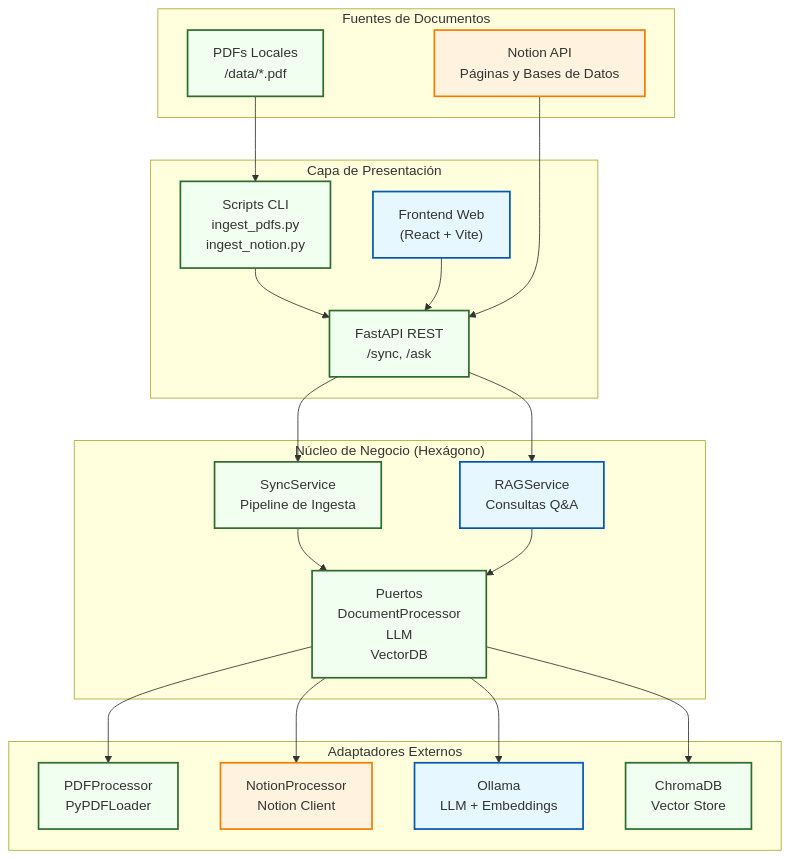
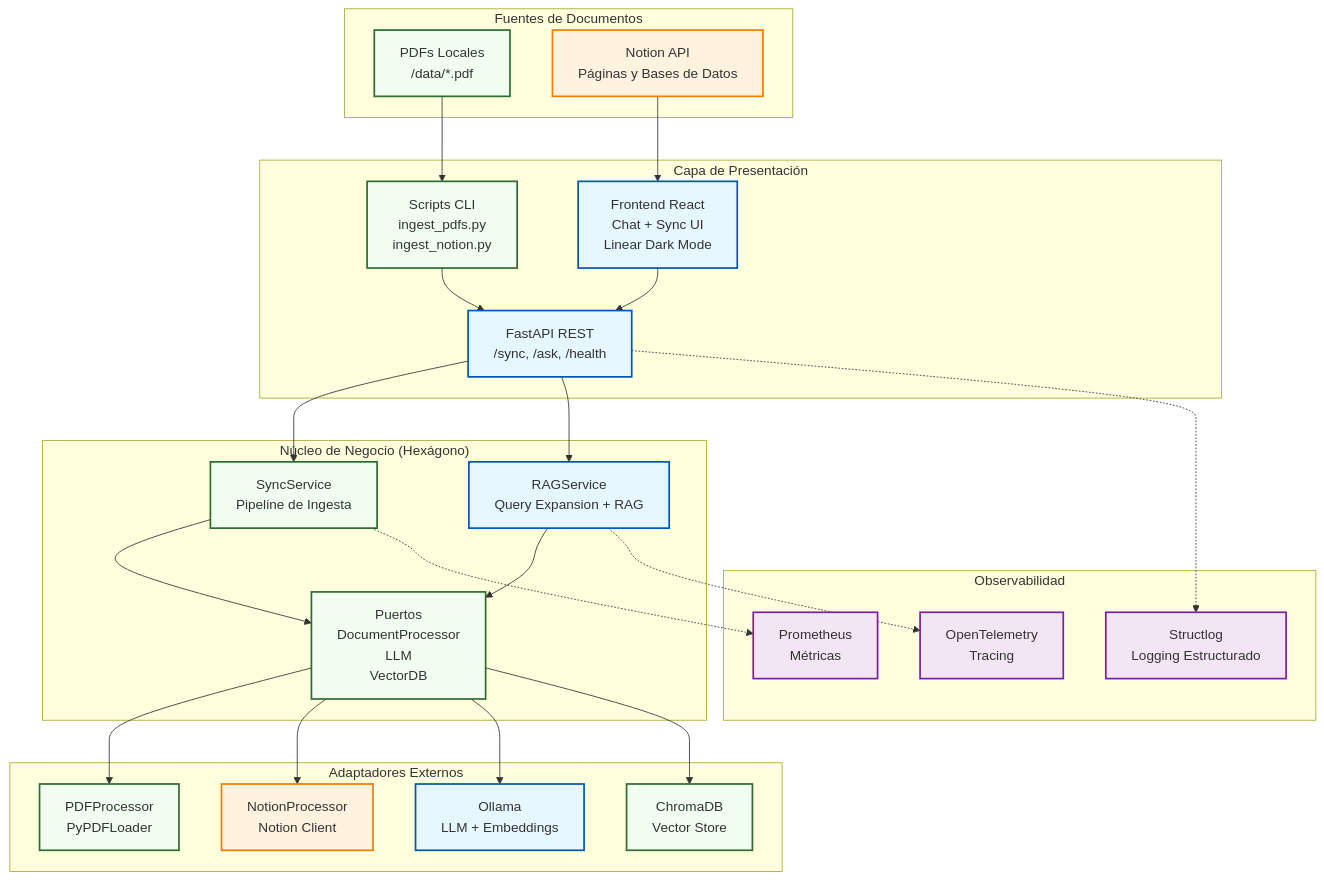
One commit to mrodespin/aibrarian changed the first of 5 diagrams in README.md. Above: the diagram before and after it, drawn with Mermaid. The commit also changed other lines of this file and 1 other file, not shown here.

````diff
--- a/README.md
+++ b/README.md
@@ -38,60 +39,75 @@
 ```mermaid
 graph TD
     %% --- Definiciones de Estilo ---
     classDef mvp fill:#f0fff0,stroke:#2e6b2e,stroke-width:2px;
     classDef phase1 fill:#e6f7ff,stroke:#0056b3,stroke-width:2px;
     classDef extension fill:#fff3e0,stroke:#f57c00,stroke-width:2px;
-    classDef frontend fill:#e6f7ff,stroke:#0056b3,stroke-width:2px;
+    classDef observability fill:#f3e5f5,stroke:#7b1fa2,stroke-width:2px;
 
     %% --- Fuentes de Datos ---
     subgraph "Fuentes de Documentos"
         PDFs["PDFs Locales<br>/data/*.pdf"]
         NotionAPI["Notion API<br>Páginas y Bases de Datos"]
     end
 
     %% --- Adaptadores de Entrada ---
     subgraph "Capa de Presentación"
+        UI["Frontend React<br>Chat + Sync UI<br>Linear Dark Mode"]
         CLI["Scripts CLI<br>ingest_pdfs.py<br>ingest_notion.py"]
-        API["FastAPI REST<br>/sync, /ask"]
-        UI["Frontend Web<br>(React + Vite)"]
+        API["FastAPI REST<br>/sync, /ask, /health"]
+    end
+
+    %% --- Observabilidad ---
+    subgraph "Observabilidad"
+        Logging["Structlog<br>Logging Estructurado"]
+        Metrics["Prometheus<br>Métricas"]
+        Tracing["OpenTelemetry<br>Tracing"]
     end
 
     %% --- Núcleo Hexagonal ---
     subgraph "Núcleo de Negocio (Hexágono)"
         SyncService["SyncService<br>Pipeline de Ingesta"]
-        RAGService["RAGService<br>Consultas Q&A"]
+        RAGService["RAGService<br>Query Expansion + RAG"]
         Ports["Puertos<br>DocumentProcessor<br>LLM<br>VectorDB"]
     end
 
     %% --- Adaptadores de Salida ---
     subgraph "Adaptadores Externos"
         PDFAdapter["PDFProcessor<br>PyPDFLoader"]
         NotionAdapter["NotionProcessor<br>Notion Client"]
         OllamaAdapter["Ollama<br>LLM + Embeddings"]
         ChromaAdapter["ChromaDB<br>Vector Store"]
     end
 
-    %% --- Conexiones MVP (Verde) ---
+    %% --- Conexiones Presentación ---
+    UI --> API
+    CLI --> API
     PDFs --> CLI
-    CLI --> API
+    NotionAPI --> UI
+
+    %% --- Conexiones API a Servicios ---
     API --> SyncService
+    API --> RAGService
+
+    %% --- Conexiones Servicios a Puertos ---
     SyncService --> Ports
+    RAGService --> Ports
+
+    %% --- Conexiones Puertos a Adaptadores ---
     Ports --> PDFAdapter
+    Ports --> NotionAdapter
     Ports --> OllamaAdapter
     Ports --> ChromaAdapter
 
-    %% --- Conexiones Fase 1 (Azul) ---
-    UI --> API
-    API --> RAGService
-    RAGService --> Ports
-
-    %% --- Conexiones Extensión (Naranja) ---
-    NotionAPI --> API
-    Ports --> NotionAdapter
+    %% --- Observabilidad ---
+    API -.-> Logging
+    SyncService -.-> Metrics
+    RAGService -.-> Tracing
 
     %% --- Asignación de Clases ---
     class PDFs,CLI,SyncService,PDFAdapter,ChromaAdapter mvp
-    class UI,RAGService,OllamaAdapter phase1
+    class UI,RAGService,OllamaAdapter,API phase1
     class NotionAPI,NotionAdapter extension
-    class API,Ports mvp
+    class Logging,Metrics,Tracing observability
+    class Ports mvp
 ```
````
